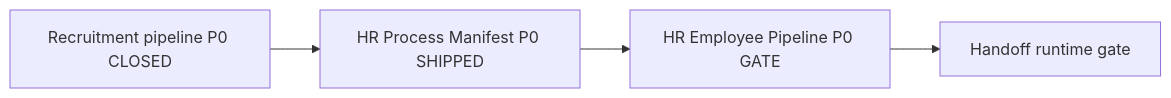
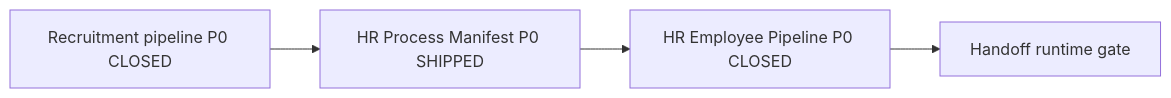
The diagram in docs/specs/architecture/hr-employee-pipeline-p0.md (igortatarynovich/HostFlow), drawn with Mermaid before and after one commit. The commit also changed other lines of this file and 1 other file, not shown here.

Commit message:
docs(hr): close employee pipeline P0 gate

````diff
--- a/docs/specs/architecture/hr-employee-pipeline-p0.md
+++ b/docs/specs/architecture/hr-employee-pipeline-p0.md
@@ -243,10 +348,10 @@
 ```mermaid
 flowchart LR
   R_P0[Recruitment pipeline P0 CLOSED]
   HR_M[HR Process Manifest P0 SHIPPED]
-  HR_P[HR Employee Pipeline P0 GATE]
+  HR_P[HR Employee Pipeline P0 CLOSED]
   HO[Handoff runtime gate]
   R_P0 --> HR_M
   HR_M --> HR_P
   HR_P --> HO
 ```
````
